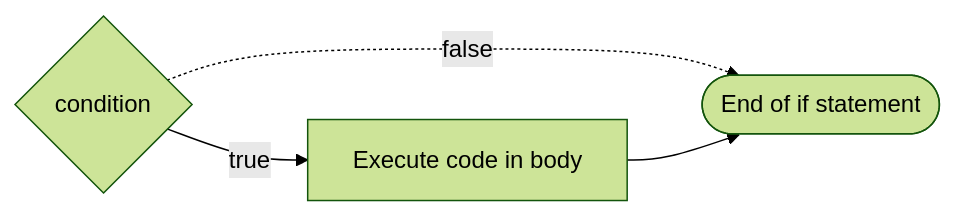
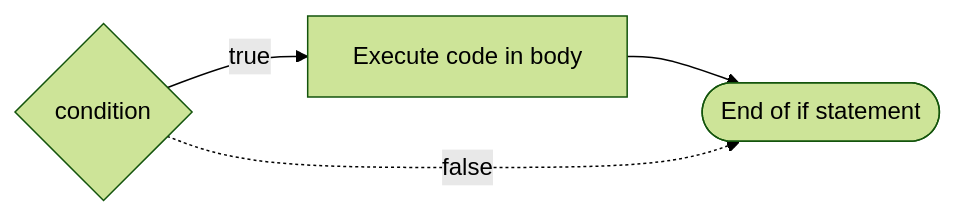
Before and after one commit to CodeYourFuture/curriculum: the diagram in common-content/en/module/js1/conditionality/index.md, drawn with Mermaid (forest theme). The commit also changed other lines of this file, not shown here.

````diff
--- a/common-content/en/module/js1/conditionality/index.md
+++ b/common-content/en/module/js1/conditionality/index.md
@@ -39,10 +34,10 @@
 ```mermaid
 
 flowchart LR
     IC{condition}
     IB[Execute code in body]
     EXIT([End of if statement])
     IC --> |true| IB
+    IB --> EXIT
     IC -.-> |false| EXIT
-    IB --> EXIT
 ```
````
